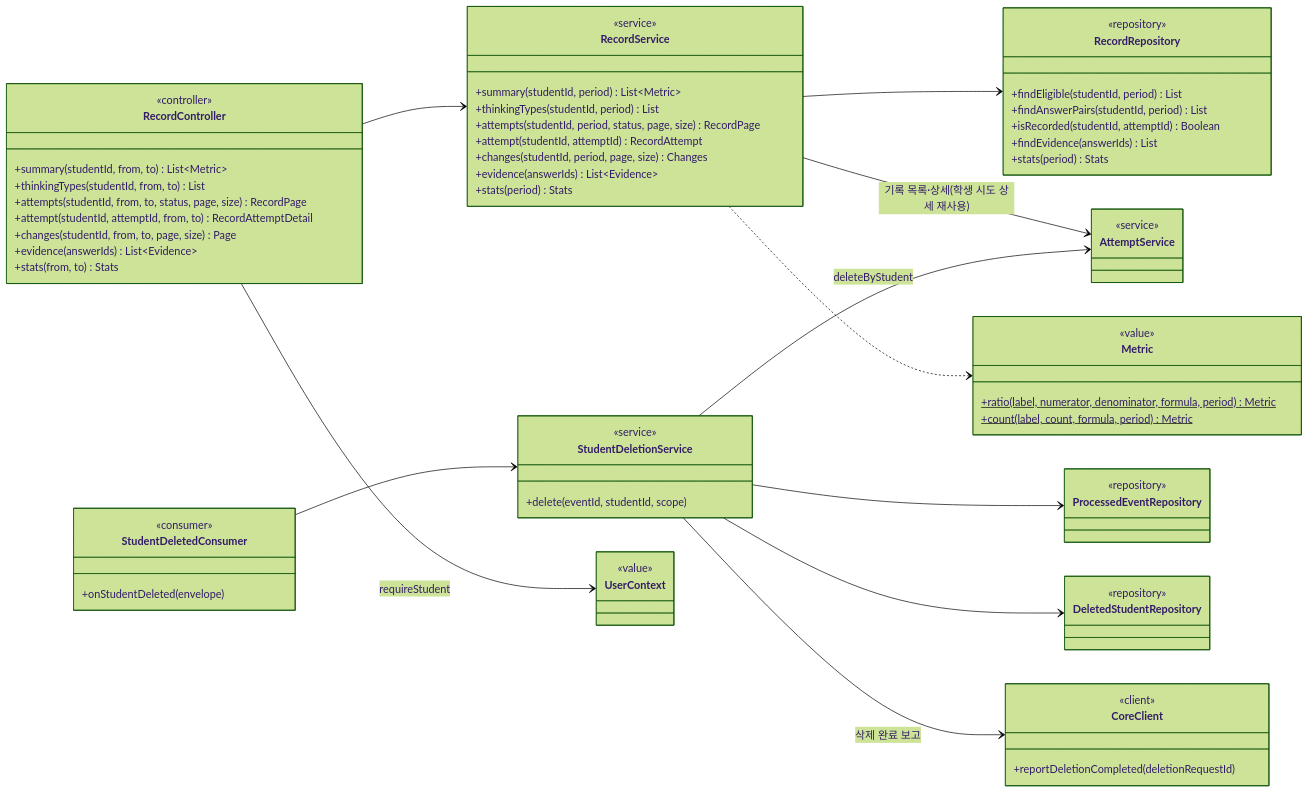
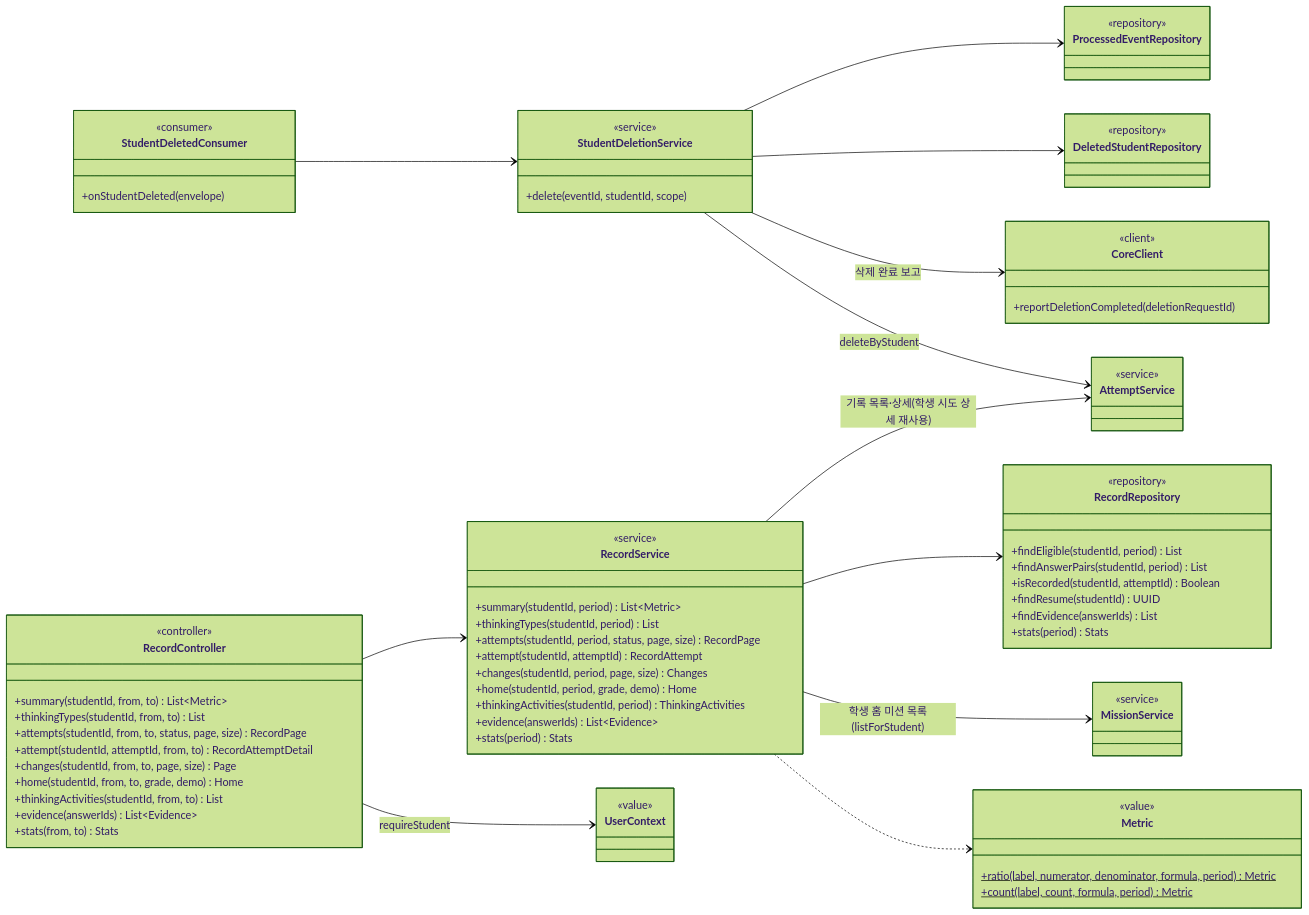
The tenth of 15 diagrams in docs/design/class-diagram.md (SKNETWORKS-FAMILY-AICAMP/SKN34-FINAL-3TEAM), drawn with Mermaid (forest theme) before and after one commit. The commit also changed other lines of this file and 2 other files, not shown here.

Commit message:
docs: 학생 홈·생각 활동과 시각 필드 뜻을 api-spec 4.1·class-diagram 4.3·리포트에 반영

````diff
--- a/docs/design/class-diagram.md
+++ b/docs/design/class-diagram.md
@@ -1340,64 +1340,71 @@
 ```mermaid
 classDiagram
   direction LR
   class RecordController {
     <<controller>>
     +summary(studentId, from, to) List~Metric~
     +thinkingTypes(studentId, from, to) List
     +attempts(studentId, from, to, status, page, size) RecordPage
     +attempt(studentId, attemptId, from, to) RecordAttemptDetail
     +changes(studentId, from, to, page, size) Page
+    +home(studentId, from, to, grade, demo) Home
+    +thinkingActivities(studentId, from, to) List
     +evidence(answerIds) List~Evidence~
     +stats(from, to) Stats
   }
   class RecordService {
     <<service>>
     +summary(studentId, period) List~Metric~
     +thinkingTypes(studentId, period) List
     +attempts(studentId, period, status, page, size) RecordPage
     +attempt(studentId, attemptId) RecordAttempt
     +changes(studentId, period, page, size) Changes
+    +home(studentId, period, grade, demo) Home
+    +thinkingActivities(studentId, period) ThinkingActivities
     +evidence(answerIds) List~Evidence~
     +stats(period) Stats
   }
   class RecordRepository {
     <<repository>>
     +findEligible(studentId, period) List
     +findAnswerPairs(studentId, period) List
     +isRecorded(studentId, attemptId) Boolean
+    +findResume(studentId) UUID
     +findEvidence(answerIds) List
     +stats(period) Stats
   }
   class Metric {
     <<value>>
     +ratio(label, numerator, denominator, formula, period)$ Metric
     +count(label, count, formula, period)$ Metric
   }
   class StudentDeletedConsumer {
     <<consumer>>
     +onStudentDeleted(envelope)
   }
   class StudentDeletionService {
     <<service>>
     +delete(eventId, studentId, scope)
   }
   class CoreClient {
     <<client>>
     +reportDeletionCompleted(deletionRequestId)
   }
   class DeletedStudentRepository { <<repository>> }
   class ProcessedEventRepository { <<repository>> }
   class AttemptService { <<service>> }
+  class MissionService { <<service>> }
   class UserContext { <<value>> }
 
   RecordController --> UserContext : requireStudent
   RecordController --> RecordService
   RecordService --> RecordRepository
   RecordService --> AttemptService : 기록 목록·상세(학생 시도 상세 재사용)
+  RecordService --> MissionService : 학생 홈 미션 목록(listForStudent)
   RecordService ..> Metric
   StudentDeletedConsumer --> StudentDeletionService
   StudentDeletionService --> ProcessedEventRepository
   StudentDeletionService --> AttemptService : deleteByStudent
   StudentDeletionService --> DeletedStudentRepository
   StudentDeletionService --> CoreClient : 삭제 완료 보고
 ```
````
